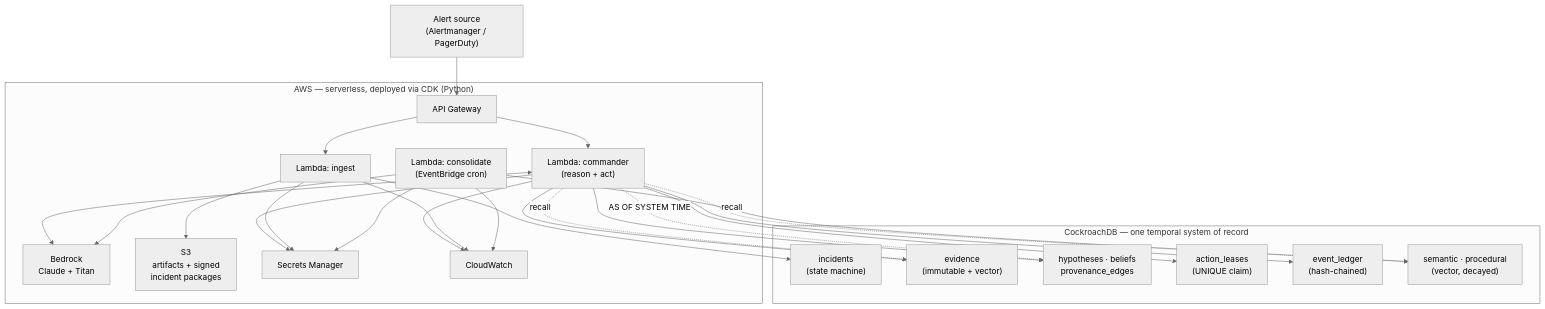
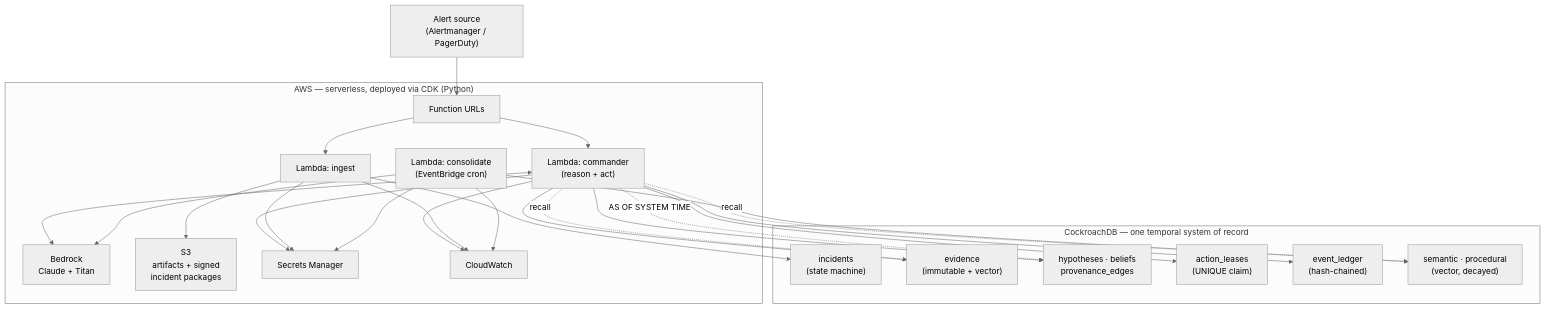
Before and after one commit to umarhashmi2002/backcast: the diagram in README.md, drawn with Mermaid (neutral theme). The commit also changed other lines of this file and 34 other files, not shown here.

````diff
--- a/README.md
+++ b/README.md
@@ -114,35 +114,35 @@
 ```mermaid
 flowchart TB
     AM["Alert source<br/>(Alertmanager / PagerDuty)"]
 
     subgraph AWS["AWS — serverless, deployed via CDK (Python)"]
-        APIGW["API Gateway"]
+        APIGW["Function URLs"]
         L1["Lambda: ingest"]
         L2["Lambda: commander<br/>(reason + act)"]
         L3["Lambda: consolidate<br/>(EventBridge cron)"]
         BR["Bedrock<br/>Claude + Titan"]
         S3["S3<br/>artifacts + signed<br/>incident packages"]
         SM["Secrets Manager"]
         CW["CloudWatch"]
     end
 
     subgraph CRDB["CockroachDB — one temporal system of record"]
         INC["incidents<br/>(state machine)"]
         EV["evidence<br/>(immutable + vector)"]
         BEL["hypotheses · beliefs<br/>provenance_edges"]
         LSE["action_leases<br/>(UNIQUE claim)"]
         LOG["event_ledger<br/>(hash-chained)"]
         LTM["semantic · procedural<br/>(vector, decayed)"]
     end
 
     AM --> APIGW --> L1 --> INC
     APIGW --> L2 <--> BR
     L2 --> EV & BEL & LSE & LOG
     L2 -.recall.-> EV & LTM
     L2 -. "AS OF SYSTEM TIME" .-> BEL
     L1 --> S3
     L3 --> BR
     L3 --> LTM
     L2 & L1 & L3 --> SM
     L2 & L1 & L3 --> CW
 ```
````
